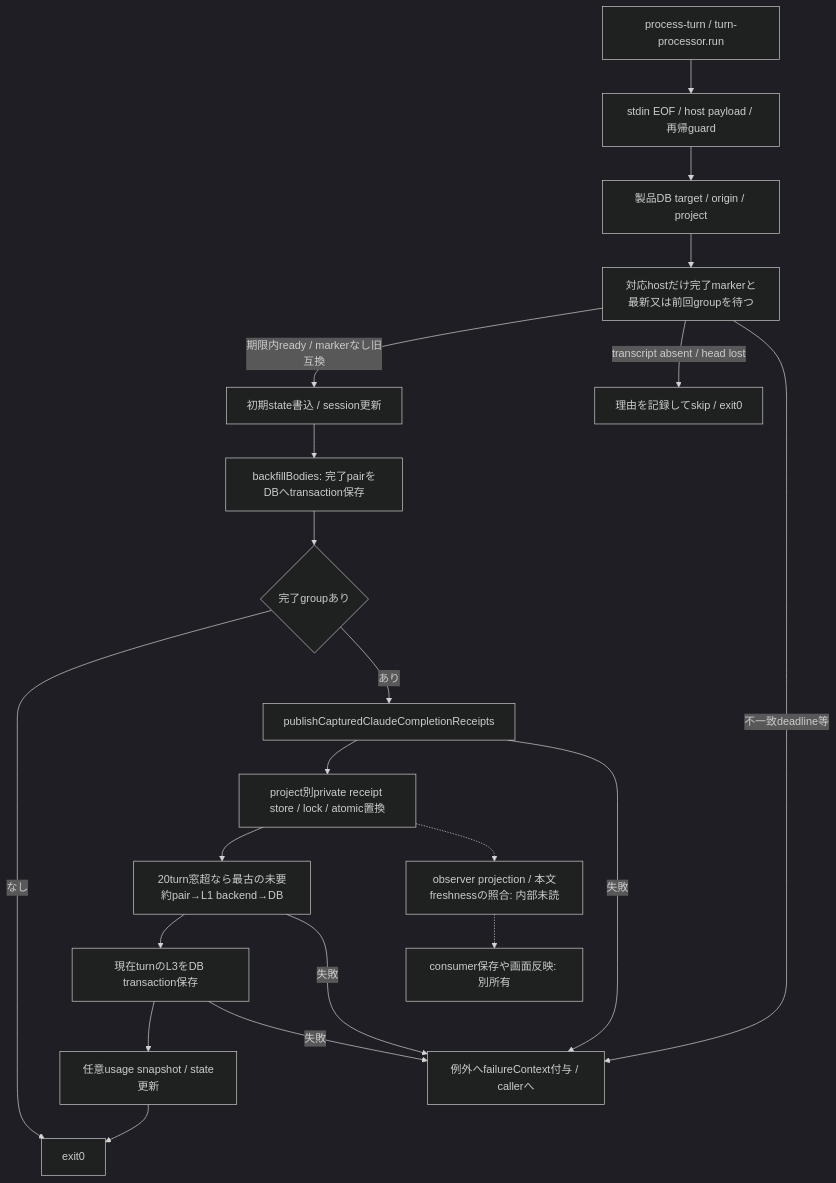
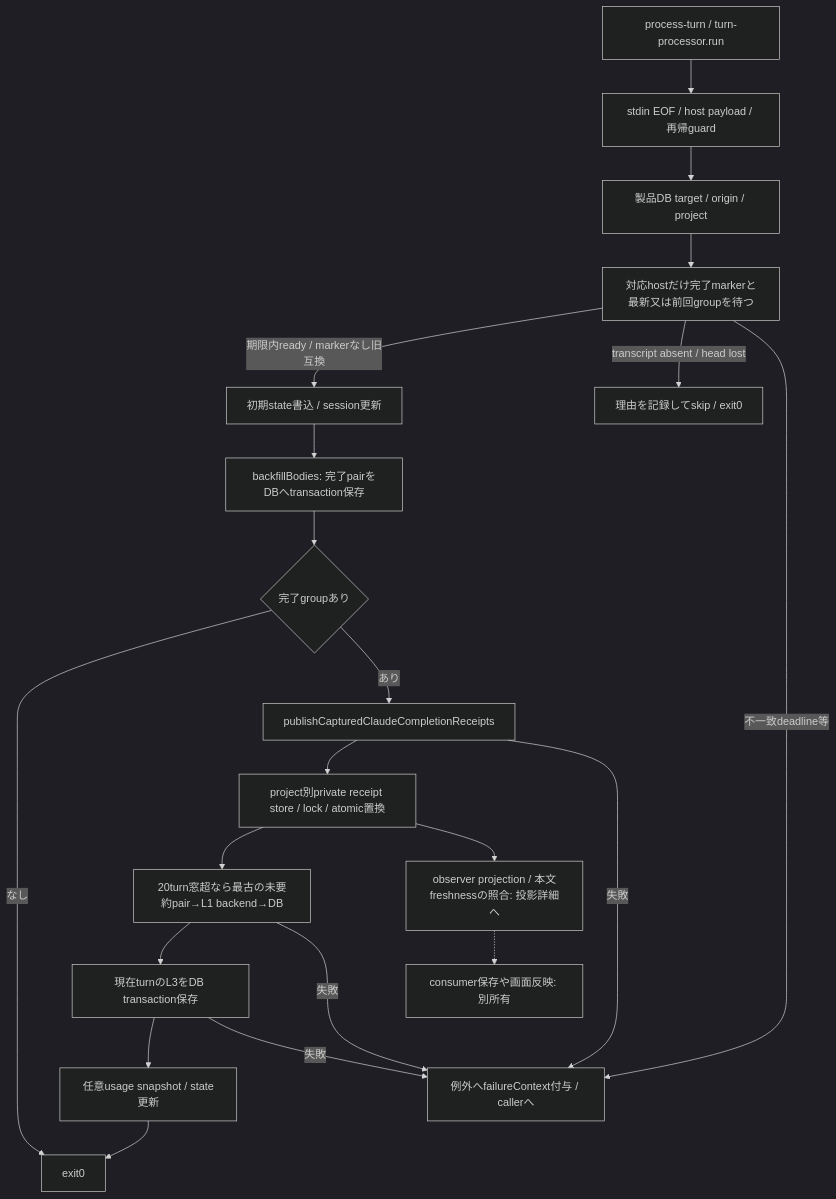
The third of 4 diagrams in docs/architecture/current-entrypoints.md (kitepon/Throughline), drawn with Mermaid (dark theme) before and after one commit. The commit also changed other lines of this file and 6 other files, not shown here.

````diff
--- a/docs/architecture/current-entrypoints.md
+++ b/docs/architecture/current-entrypoints.md
@@ -75,23 +75,23 @@
 ```mermaid
 flowchart TD
   Stop[process-turn / turn-processor.run] --> Parse[stdin EOF / host payload / 再帰guard]
   Parse --> Resolve[製品DB target / origin / project]
   Resolve --> Flush[対応hostだけ完了markerと最新又は前回groupを待つ]
   Flush -->|期限内ready / markerなし旧互換| State[初期state書込 / session更新]
   Flush -->|transcript absent / head lost| Skip[理由を記録してskip / exit0]
   Flush -->|不一致deadline等| Fail[例外へfailureContext付与 / callerへ]
   State --> L2[backfillBodies: 完了pairをDBへtransaction保存]
   L2 --> Empty{完了groupあり}
   Empty -->|なし| End[exit0]
   Empty -->|あり| Receipt[publishCapturedClaudeCompletionReceipts]
   Receipt --> Private[project別private receipt store / lock / atomic置換]
   Private --> L1[20turn窓超なら最古の未要約pair→L1 backend→DB]
   L1 --> L3[現在turnのL3をDB transaction保存]
   L3 --> Usage[任意usage snapshot / state更新]
   Usage --> End
   Receipt -->|失敗| Fail
   L1 -->|失敗| Fail
   L3 -->|失敗| Fail
-  Private -.-> Observer[observer projection / 本文freshnessの照合: 内部未読]
+  Private --> Observer[observer projection / 本文freshnessの照合: 投影詳細へ]
   Observer -.-> Consumer[consumer保存や画面反映: 別所有]
 ```
````
